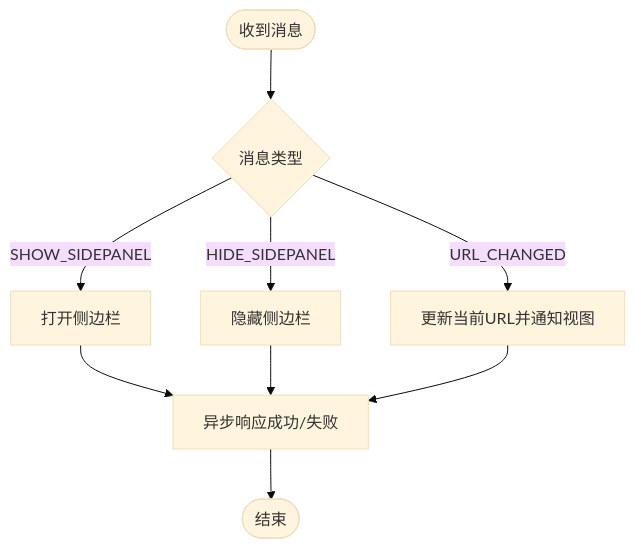
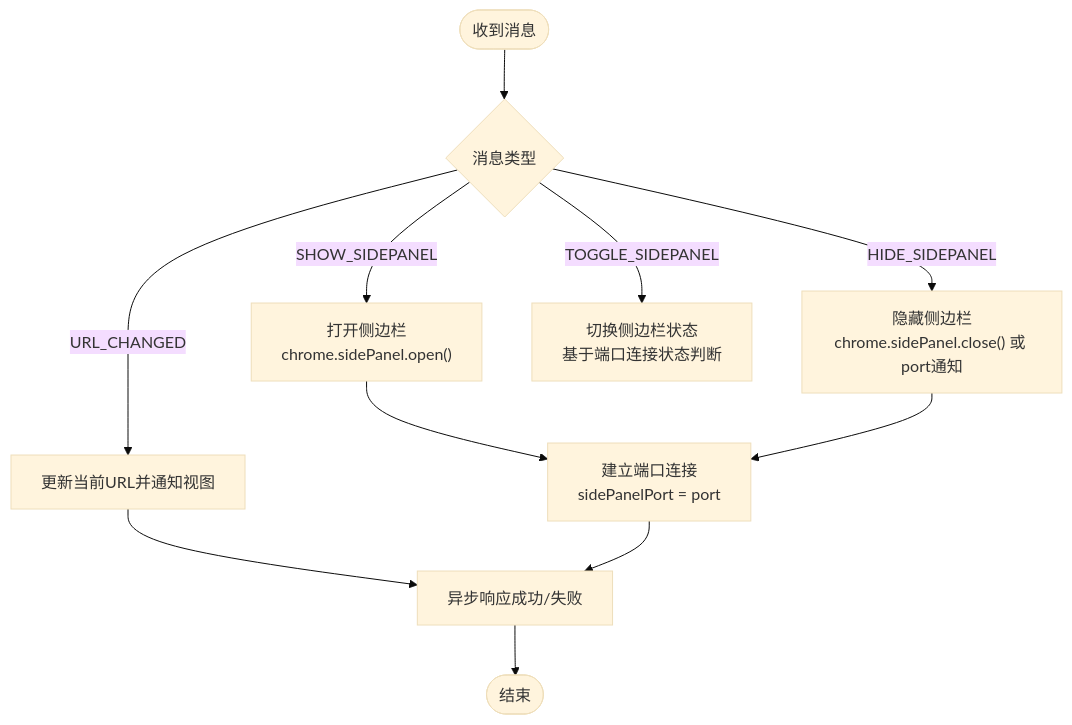
Before and after one commit to liaolongdong/account-password-helper: the third of 9 diagrams in .qoder/repowiki/zh/content/架构设计/架构设计.md, drawn with Mermaid (base theme). The commit also changed other lines of this file and 23 other files, not shown here.

````diff
--- a/.qoder/repowiki/zh/content/架构设计/架构设计.md
+++ b/.qoder/repowiki/zh/content/架构设计/架构设计.md
@@ -163,11 +166,13 @@
 ```mermaid
 flowchart TD
 Start(["收到消息"]) --> Type{"消息类型"}
-Type --> |SHOW_SIDEPANEL| Show["打开侧边栏"]
-Type --> |HIDE_SIDEPANEL| Hide["隐藏侧边栏"]
+Type --> |SHOW_SIDEPANEL| Show["打开侧边栏<br/>chrome.sidePanel.open()"]
+Type --> |HIDE_SIDEPANEL| Hide["隐藏侧边栏<br/>chrome.sidePanel.close() 或 port通知"]
 Type --> |URL_CHANGED| Url["更新当前URL并通知视图"]
-Show --> Resp["异步响应成功/失败"]
-Hide --> Resp
-Url --> Resp
+Type --> |TOGGLE_SIDEPANEL| Toggle["切换侧边栏状态<br/>基于端口连接状态判断"]
+Show --> Port["建立端口连接<br/>sidePanelPort = port"]
+Hide --> Port
+Url --> Resp["异步响应成功/失败"]
+Port --> Resp
 Resp --> End(["结束"])
 ```
````
